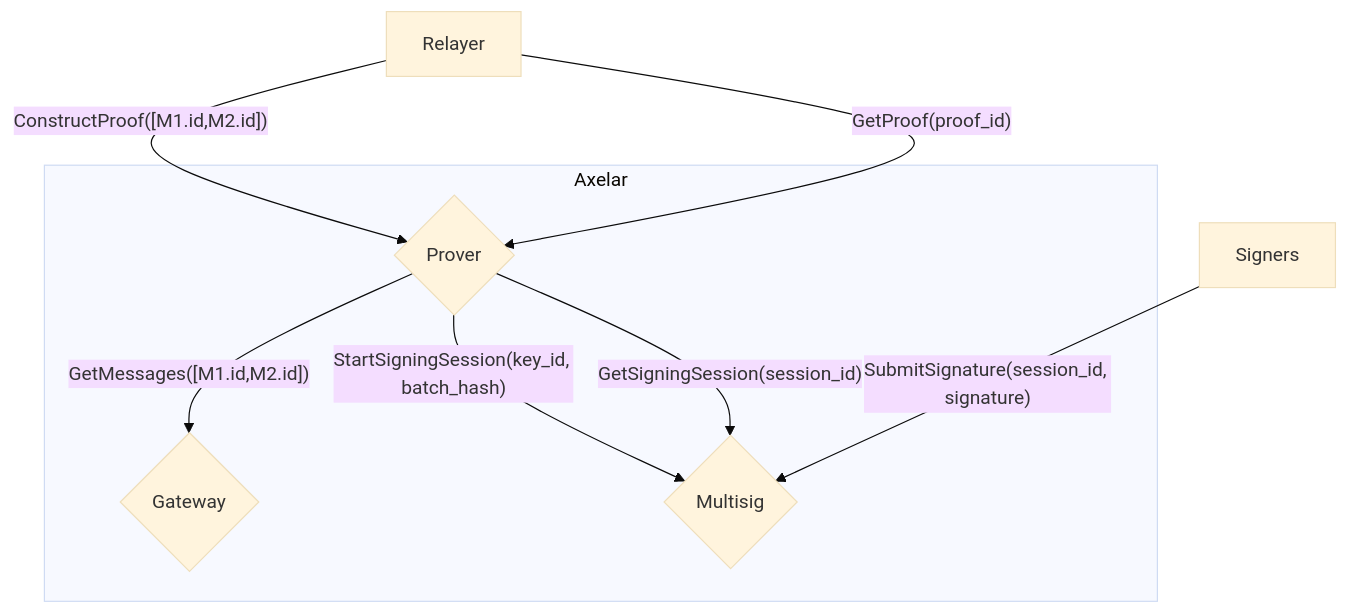
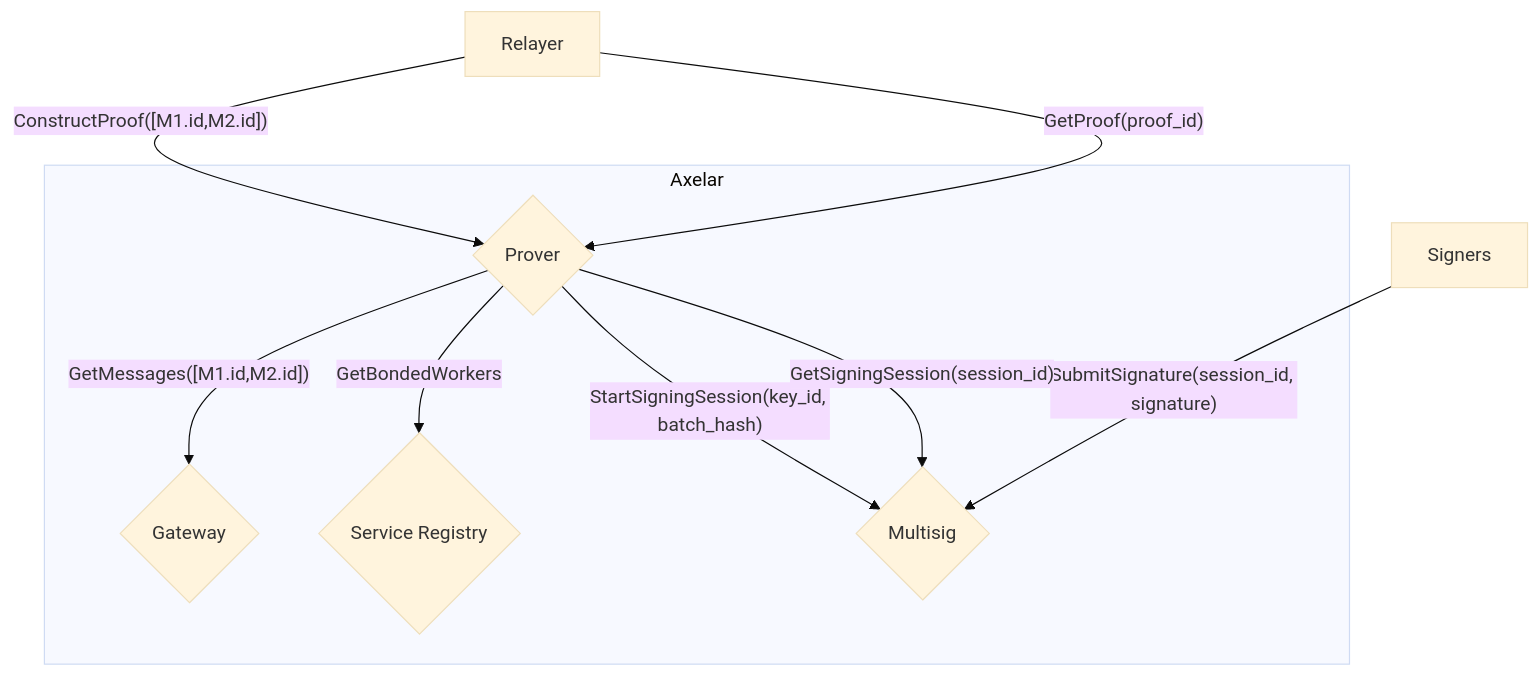
The second of 4 diagrams in README.md (axelarnetwork/axelar-amplifier), drawn with Mermaid (base theme) before and after one commit. The commit also changed other lines of this file, not shown here.

Commit message:
add service registry

````diff
--- a/README.md
+++ b/README.md
@@ -36,16 +38,18 @@
 ```mermaid
 flowchart TD
 subgraph Axelar
     G2{"Gateway"}
     P{"Prover"}
     M{"Multisig"}
+    S{"Service Registry"}
 end
 Signers
 
 Relayer --"ConstructProof([M1.id,M2.id])"-->P
 P --"GetMessages([M1.id,M2.id])"-->G2
+P --"GetBondedWorkers"-->S
 P --"StartSigningSession(key_id, batch_hash)"-->M
 Signers --"SubmitSignature(session_id, signature)"-->M
 Relayer --"GetProof(proof_id)" --> P
 P --"GetSigningSession(session_id)"-->M
 ```
````
